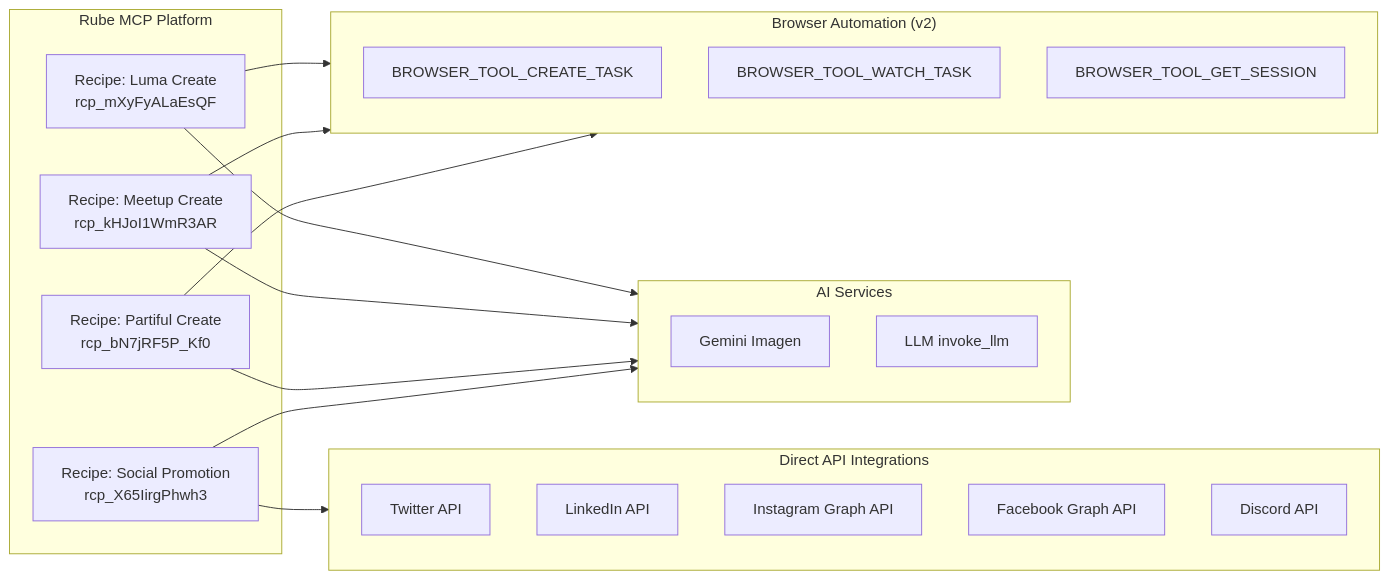
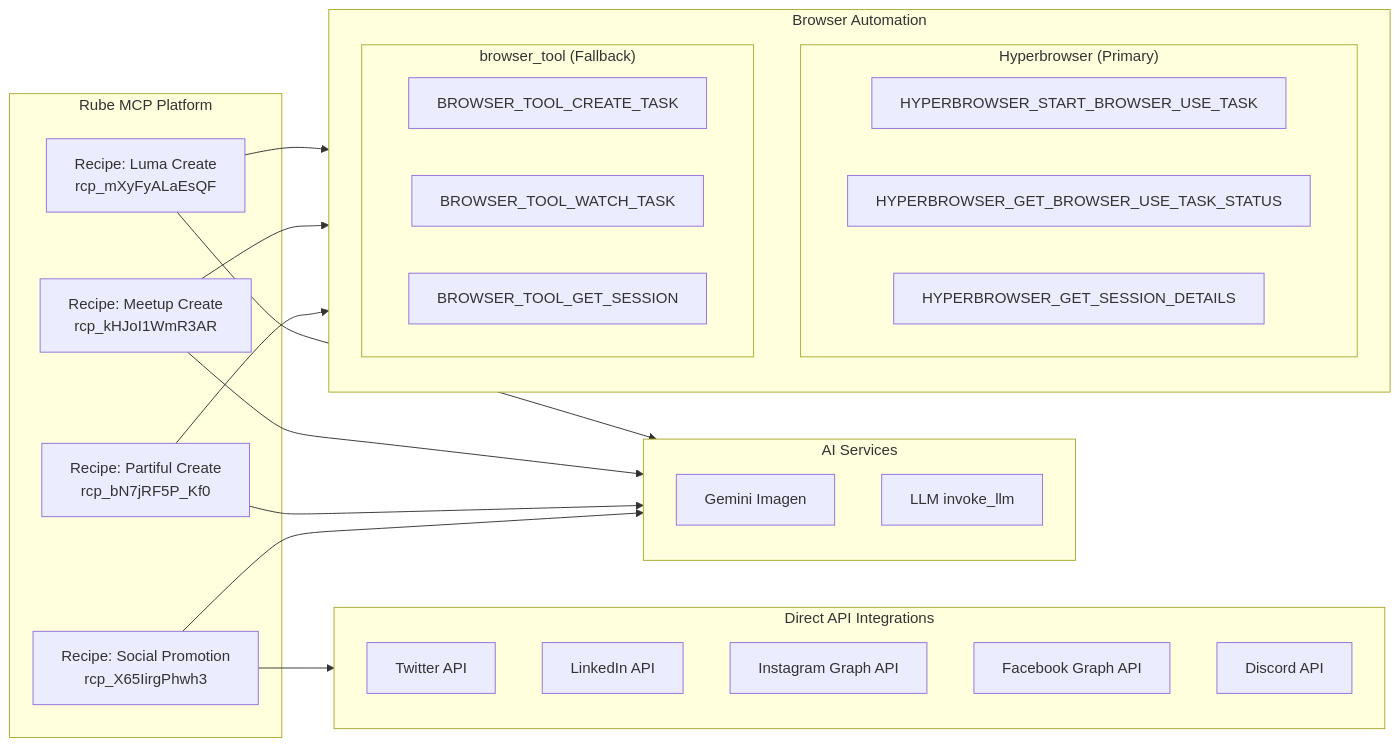
The second of 6 diagrams in README.md (Coffee-Code-Philly-Accelerator/CCP-Digital-Marketing), drawn with Mermaid before and after one commit. The commit also changed other lines of this file, not shown here.

First line of the commit message:
Update README with Hyperbrowser dual-provider architecture

````diff
--- a/README.md
+++ b/README.md
@@ -62,33 +62,40 @@
 ```mermaid
 flowchart LR
     subgraph Rube["Rube MCP Platform"]
         R1[Recipe: Luma Create<br/>rcp_mXyFyALaEsQF]
         R2[Recipe: Meetup Create<br/>rcp_kHJoI1WmR3AR]
         R3[Recipe: Partiful Create<br/>rcp_bN7jRF5P_Kf0]
         R4[Recipe: Social Promotion<br/>rcp_X65IirgPhwh3]
     end
 
-    subgraph Browser["Browser Automation (v2)"]
-        BA[BROWSER_TOOL_CREATE_TASK]
-        BB[BROWSER_TOOL_WATCH_TASK]
-        BC[BROWSER_TOOL_GET_SESSION]
+    subgraph Browser["Browser Automation"]
+        subgraph HB["Hyperbrowser (Primary)"]
+            BA1[HYPERBROWSER_START_BROWSER_USE_TASK]
+            BB1[HYPERBROWSER_GET_BROWSER_USE_TASK_STATUS]
+            BC1[HYPERBROWSER_GET_SESSION_DETAILS]
+        end
+        subgraph BT["browser_tool (Fallback)"]
+            BA2[BROWSER_TOOL_CREATE_TASK]
+            BB2[BROWSER_TOOL_WATCH_TASK]
+            BC2[BROWSER_TOOL_GET_SESSION]
+        end
     end
 
     subgraph APIs["Direct API Integrations"]
         API1[Twitter API]
         API2[LinkedIn API]
         API3[Instagram Graph API]
         API4[Facebook Graph API]
         API5[Discord API]
     end
 
     subgraph AI["AI Services"]
         AI1[Gemini Imagen]
         AI2[LLM invoke_llm]
     end
 
     R1 & R2 & R3 --> Browser
     R1 & R2 & R3 --> AI
     R4 --> APIs
     R4 --> AI
 ```
````
